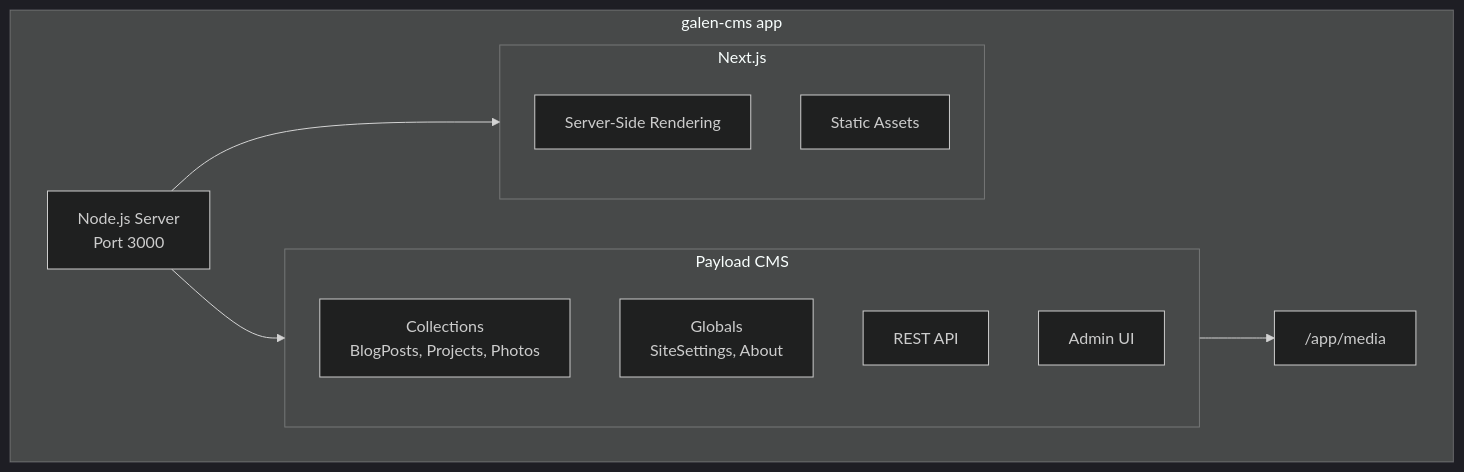
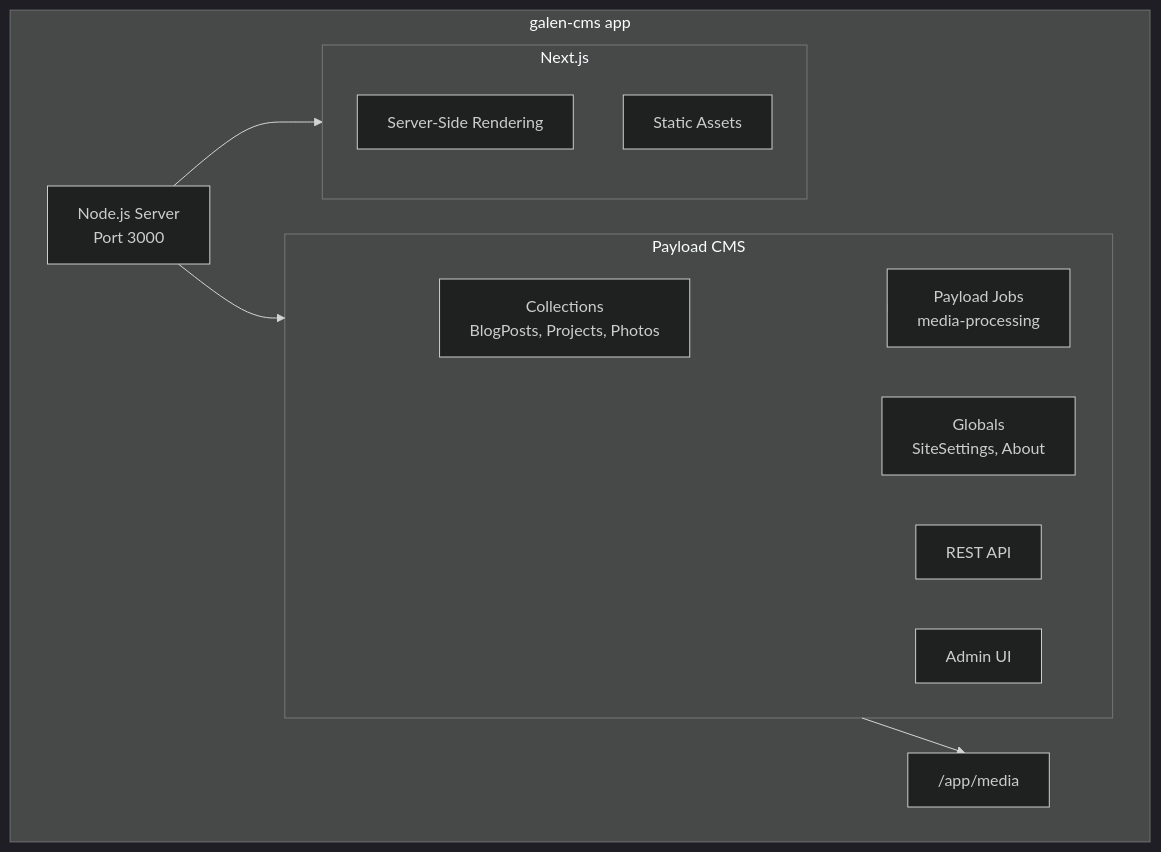
Before and after one commit to galengreen/galen.green: the fifth of 8 diagrams in docs/ARCHITECTURE.md, drawn with Mermaid (dark theme). The commit also changed other lines of this file and 15 other files, not shown here.

First line of the commit message:
feat: add background media processing

````diff
--- a/docs/ARCHITECTURE.md
+++ b/docs/ARCHITECTURE.md
@@ -144,24 +146,26 @@
 ```mermaid
 flowchart TB
     subgraph CMS["galen-cms app"]
         Node[Node.js Server<br/>Port 3000]
-        
+
         subgraph Payload["Payload CMS"]
             Collections[Collections<br/>BlogPosts, Projects, Photos]
             Globals[Globals<br/>SiteSettings, About]
             API[REST API]
             AdminUI[Admin UI]
+            Jobs[Payload Jobs<br/>media-processing]
         end
-        
+
         subgraph NextJS["Next.js"]
             SSR[Server-Side Rendering]
             Static[Static Assets]
         end
-        
+
         MediaDir["/app/media"]
     end
-    
+
     Node --> Payload
     Node --> NextJS
     Payload --> MediaDir
+    Payload --> Jobs
 ```
````
